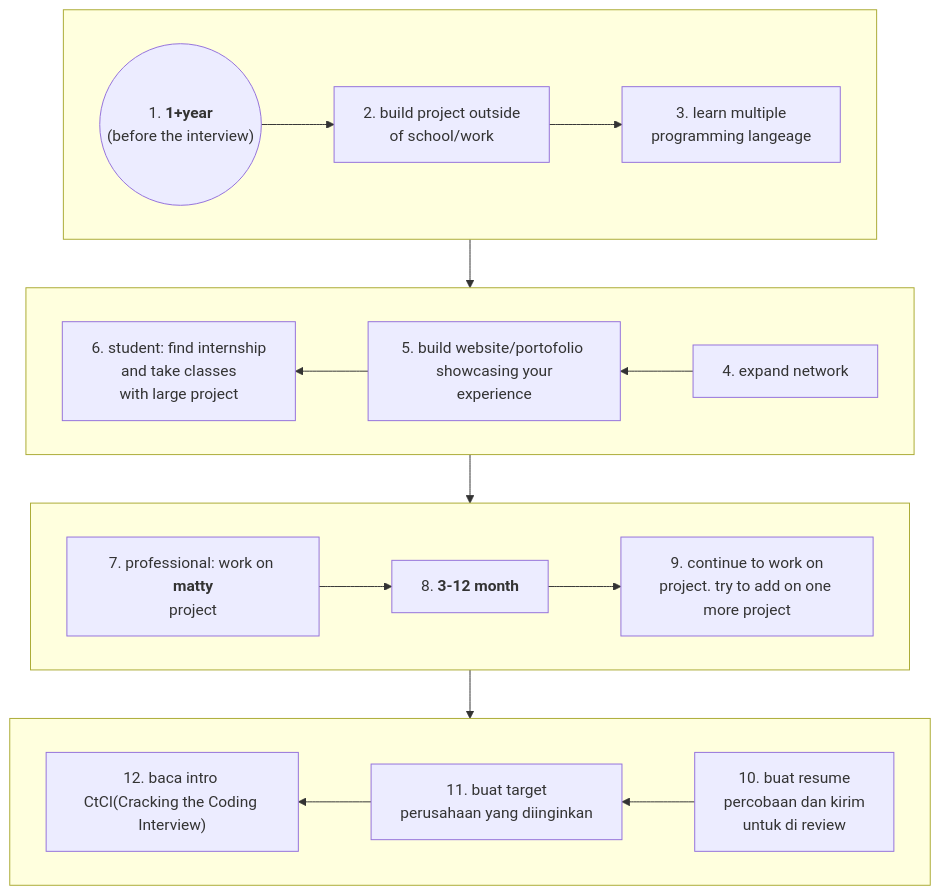
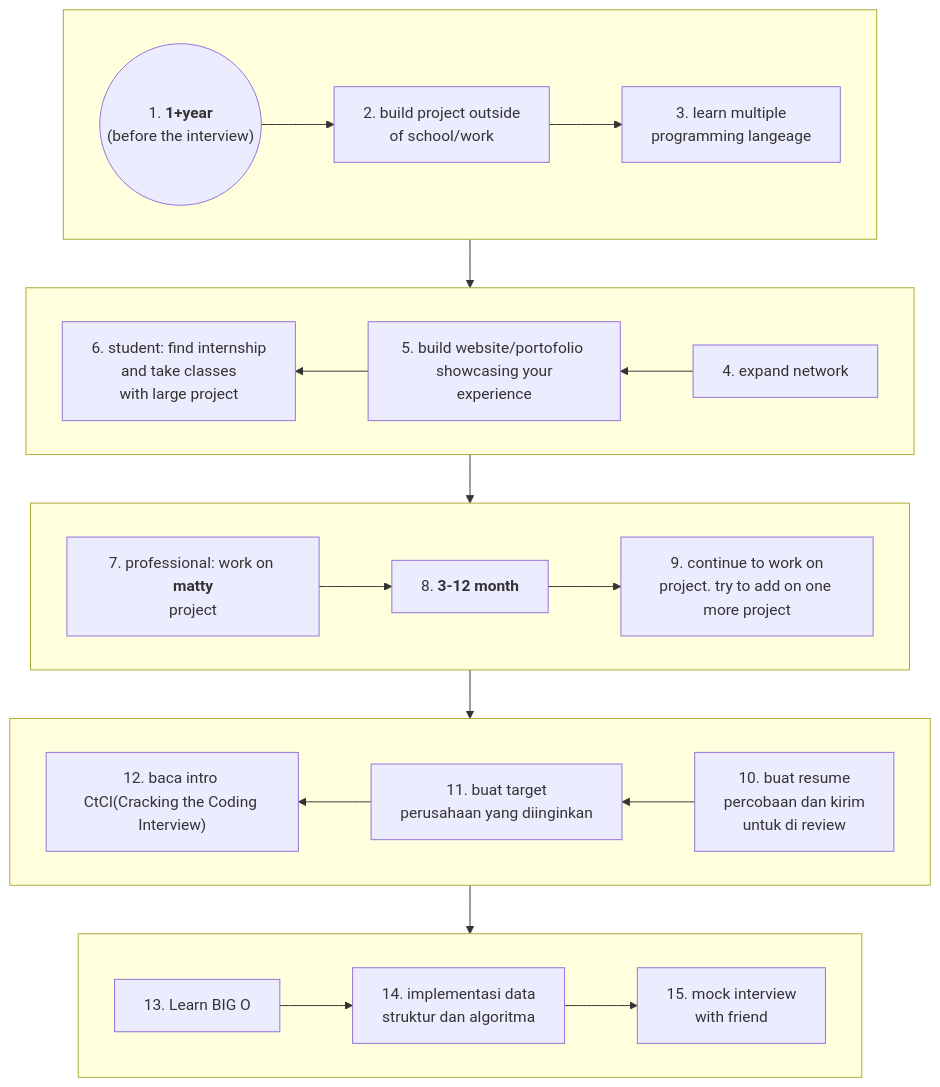
The diagram in apa-yang-perlu-dipelajari.md (Khasirah/CtCl), drawn with Mermaid before and after one commit. The commit also changed 1 other file, not shown here.

Commit message:
add pertanyaan template

````diff
--- a/apa-yang-perlu-dipelajari.md
+++ b/apa-yang-perlu-dipelajari.md
@@ -26,40 +26,50 @@
 ```mermaid
 
 flowchart TD
 
 subgraph T1[" "]
 direction LR
   n1(("1. <b>1+year</b> <br /> (before the interview)"))-->n2[2. build project outside <br/> of school/work]-->n3[3. learn multiple <br/>programming langeage]
 end
 
 subgraph T2[" "]
 direction RL
   n4[4. expand network]
   n5[5. build website/portofolio <br/> showcasing your experience]
   n6[6. student: find internship <br/> and take classes <br/> with large project]
   n4 --> n5
   n5 --> n6
 end
 
 subgraph T3[" "]
 direction LR 
   n7[7. professional: work on <b>matty</b><br/>project]
   n8[8. <b>3-12 month</b>]
   n9["9. continue to work on<br/>project. try to add on one more project"]
   n7 --> n8
   n8 --> n9
 end
 
 subgraph T4[" "]
 direction RL
   n10["10. buat resume<br/> percobaan dan kirim <br/> untuk di review"]
   n11["11. buat target<br/>perusahaan yang diinginkan"]
   n12["12. baca intro <br/>CtCl(Cracking the Coding Interview)"]
   n10 --> n11
   n11 --> n12
 end
 
+subgraph T5[" "]
+direction LR 
+  n13["13. Learn BIG O"]
+  n14["14. implementasi data <br/>struktur dan algoritma"]
+  n15["15. mock interview<br/>with friend"]
+  n13 --> n14
+  n14 --> n15
+end
+
 T1 --> T2
 T2 --> T3
 T3 --> T4
+T4 --> T5
 ```
````
